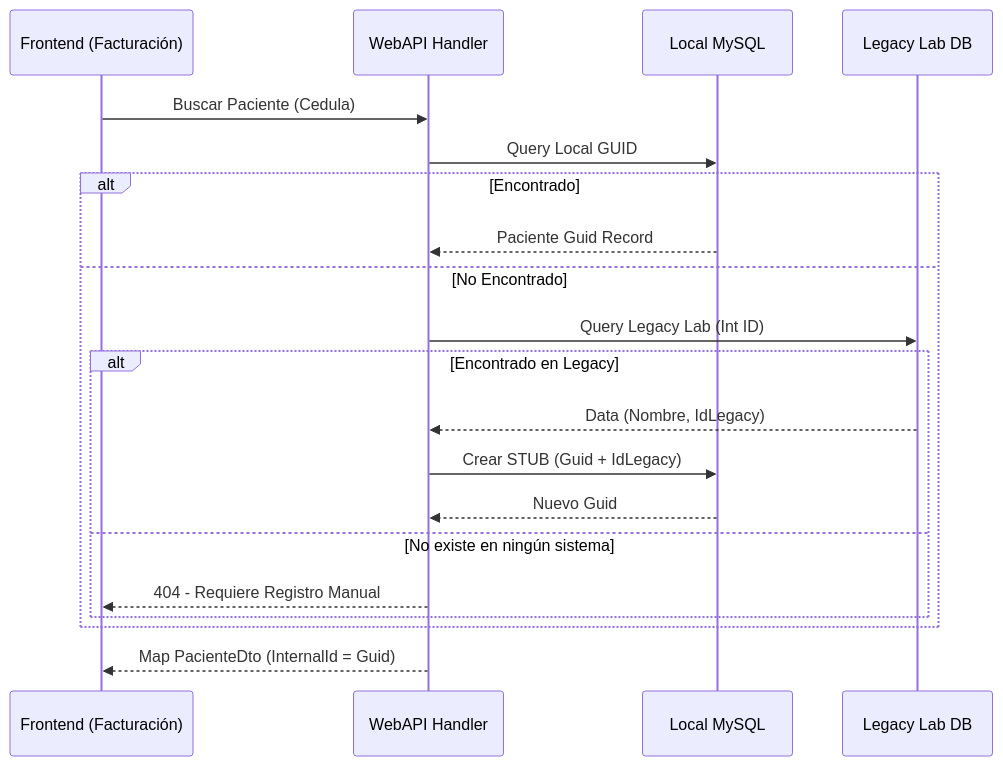
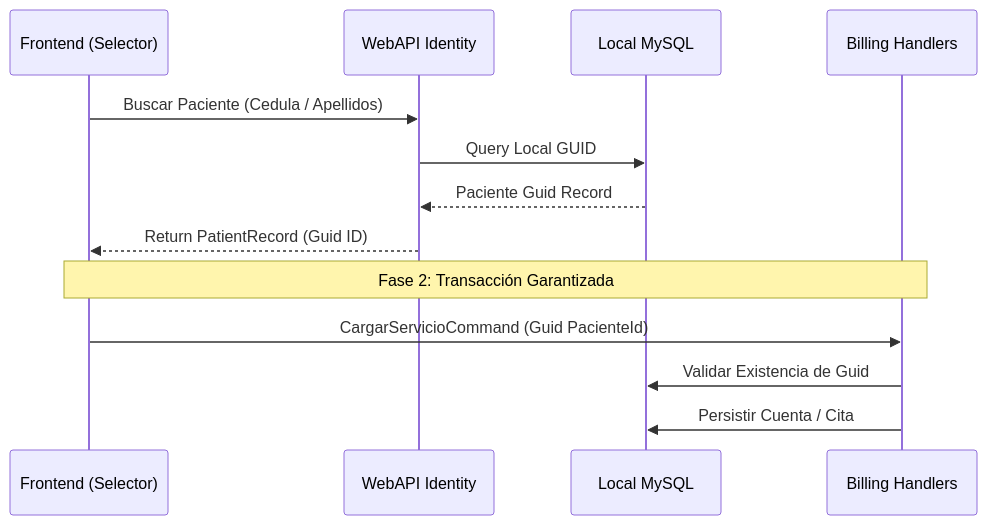
One commit to IngJoseBracamonte/Sistema2020Excelencia changed the diagram in agent/docs/DataFlow.md. Above: the diagram before and after it, drawn with Mermaid. The commit also changed other lines of this file and 31 other files, not shown here.

Commit message:
feat: Introduce patient admission and billing features, including service cart synchronization, receipt registration, and financial logic.

````diff
--- a/agent/docs/DataFlow.md
+++ b/agent/docs/DataFlow.md
@@ -3,23 +3,17 @@
 ```mermaid
 sequenceDiagram
-    participant UI as Frontend (Facturación)
-    participant API as WebAPI Handler
+    participant UI as Frontend (Selector)
+    participant API as WebAPI Identity
     participant DB as Local MySQL
-    participant EXT as Legacy Lab DB
+    participant BILL as Billing Handlers
     
-    UI->>API: Buscar Paciente (Cedula)
+    UI->>API: Buscar Paciente (Cedula / Apellidos)
     API->>DB: Query Local GUID
-    alt Encontrado
-        DB-->>API: Paciente Guid Record
-    else No Encontrado
-        API->>EXT: Query Legacy Lab (Int ID)
-        alt Encontrado en Legacy
-            EXT-->>API: Data (Nombre, IdLegacy)
-            API->>DB: Crear STUB (Guid + IdLegacy)
-            DB-->>API: Nuevo Guid
-        else No existe en ningún sistema
-            API-->>UI: 404 - Requiere Registro Manual
-        end
-    end
-    API-->>UI: Map PacienteDto (InternalId = Guid)
+    DB-->>API: Paciente Guid Record
+    API-->>UI: Return PatientRecord (Guid ID)
+    
+    Note over UI, BILL: Fase 2: Transacción Garantizada
+    UI->>BILL: CargarServicioCommand (Guid PacienteId)
+    BILL->>DB: Validar Existencia de Guid
+    BILL->>DB: Persistir Cuenta / Cita
 ```
````
